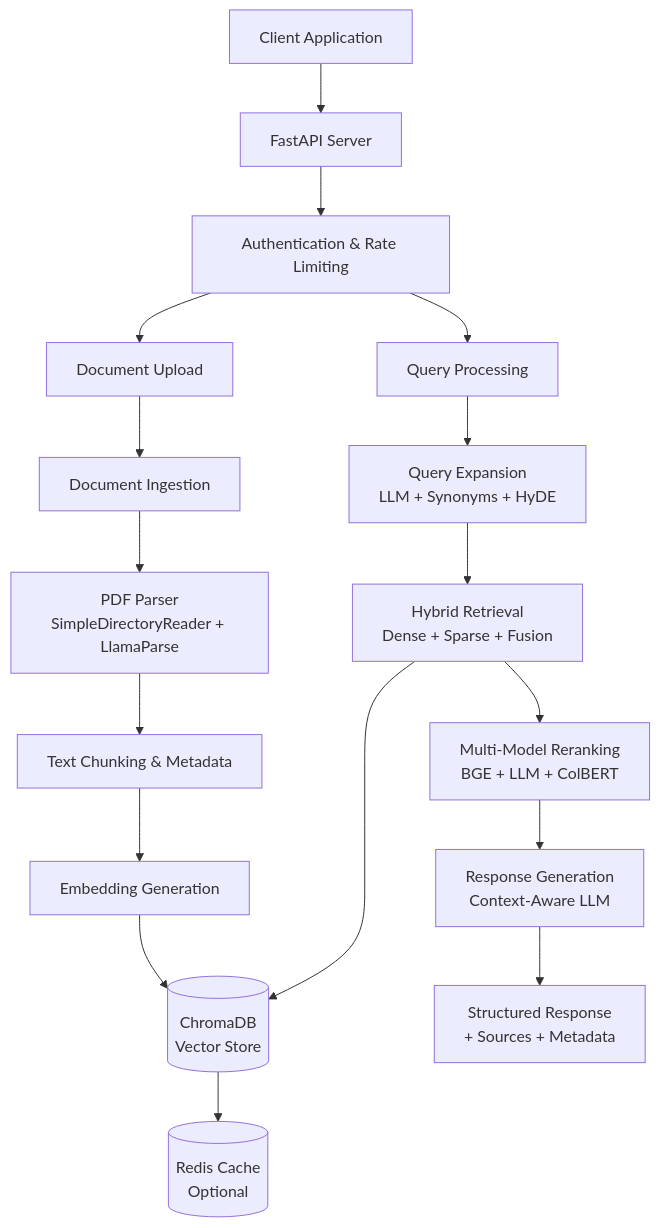
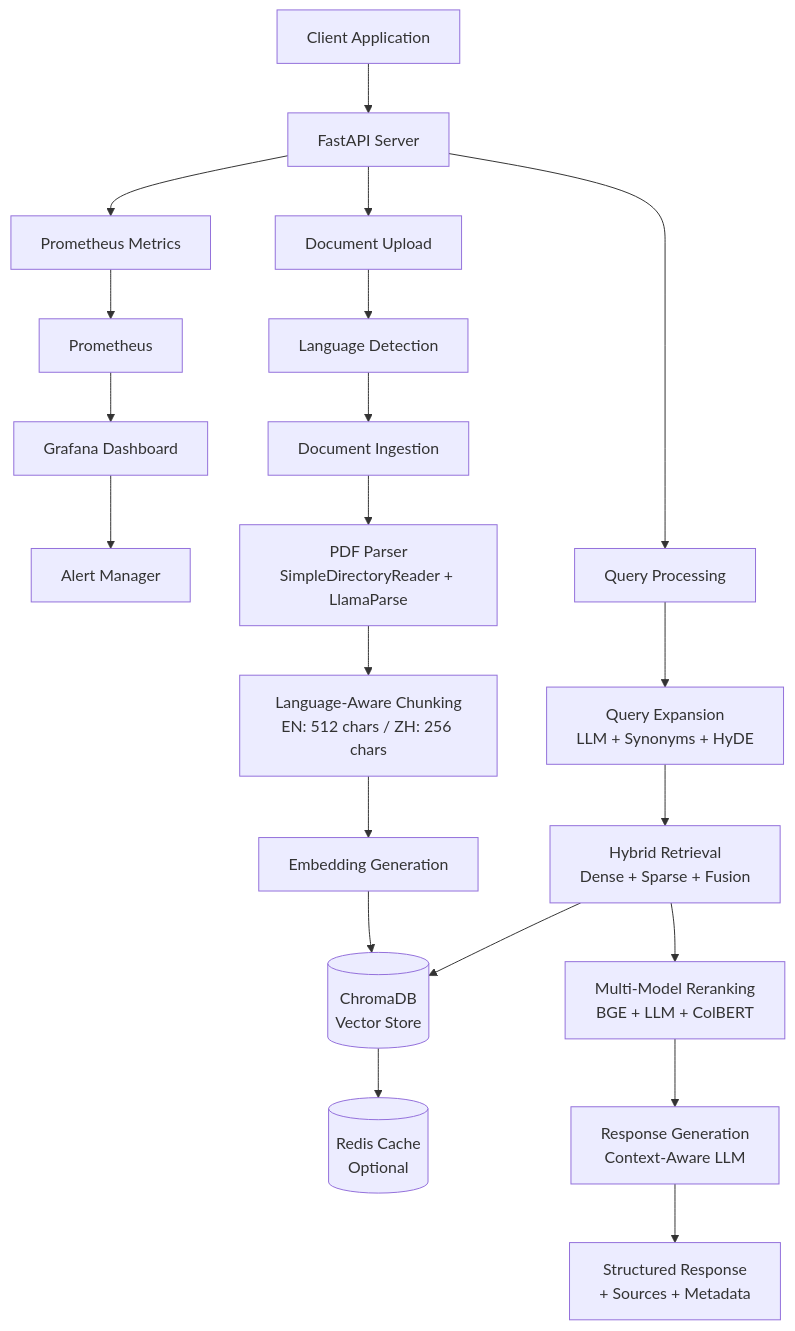
The diagram in README.md (jaujye/TextReadingRAG), drawn with Mermaid before and after one commit. The commit also changed other lines of this file, not shown here.

````diff
--- a/README.md
+++ b/README.md
@@ -41,23 +47,27 @@
 ```mermaid
 graph TB
     Client[Client Application] --> FastAPI[FastAPI Server]
-    FastAPI --> Auth[Authentication & Rate Limiting]
+    FastAPI --> Metrics[Prometheus Metrics]
 
-    Auth --> Upload[Document Upload]
-    Auth --> Query[Query Processing]
+    FastAPI --> Upload[Document Upload]
+    FastAPI --> Query[Query Processing]
 
-    Upload --> Ingestion[Document Ingestion]
+    Upload --> Language[Language Detection]
+    Language --> Ingestion[Document Ingestion]
     Ingestion --> Parser[PDF Parser<br/>SimpleDirectoryReader + LlamaParse]
-    Parser --> Chunking[Text Chunking & Metadata]
+    Parser --> Chunking[Language-Aware Chunking<br/>EN: 512 chars / ZH: 256 chars]
     Chunking --> Embedding[Embedding Generation]
     Embedding --> ChromaDB[(ChromaDB<br/>Vector Store)]
 
     Query --> Expansion[Query Expansion<br/>LLM + Synonyms + HyDE]
     Expansion --> Retrieval[Hybrid Retrieval<br/>Dense + Sparse + Fusion]
     Retrieval --> ChromaDB
     Retrieval --> Reranking[Multi-Model Reranking<br/>BGE + LLM + ColBERT]
     Reranking --> Generation[Response Generation<br/>Context-Aware LLM]
     Generation --> Response[Structured Response<br/>+ Sources + Metadata]
 
     ChromaDB --> Cache[(Redis Cache<br/>Optional)]
+    Metrics --> Prometheus[Prometheus]
+    Prometheus --> Grafana[Grafana Dashboard]
+    Grafana --> Alerts[Alert Manager]
 ```
````
